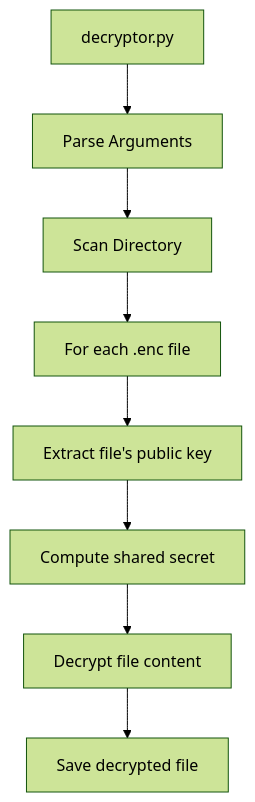
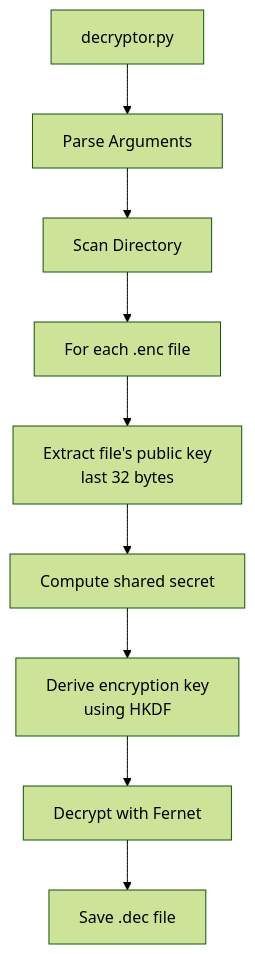
Before and after one commit to mrexodia/byor: the third of 4 diagrams in pythonware/architecture.md, drawn with Mermaid (forest theme). The commit also changed other lines of this file and 3 other files, not shown here.

````diff
--- a/pythonware/architecture.md
+++ b/pythonware/architecture.md
@@ -52,10 +53,11 @@
 ```mermaid
 graph TD
     A[decryptor.py] --> B[Parse Arguments]
     B --> C[Scan Directory]
     C --> D[For each .enc file]
-    D --> E[Extract file's public key]
+    D --> E[Extract file's public key<br/>last 32 bytes]
     E --> F[Compute shared secret]
-    F --> G[Decrypt file content]
-    G --> H[Save decrypted file]
+    F --> G[Derive encryption key<br/>using HKDF]
+    G --> H[Decrypt with Fernet]
+    H --> I[Save .dec file]
 ```
````
